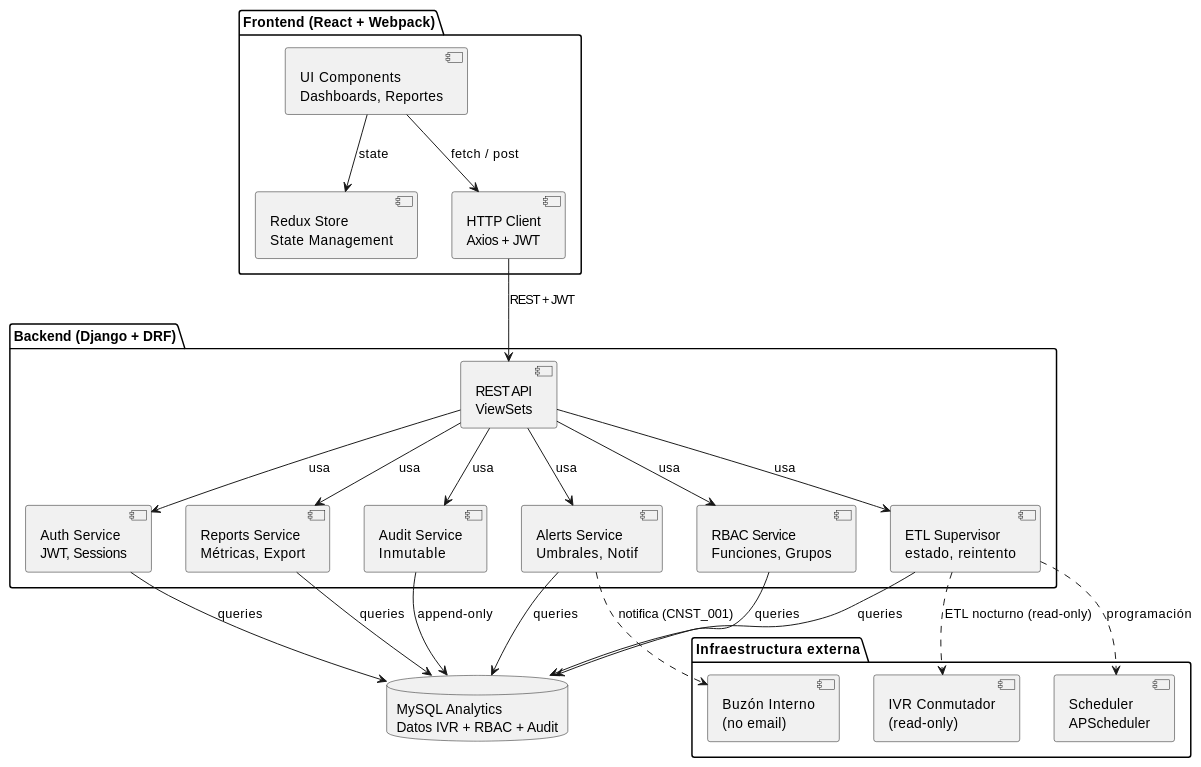
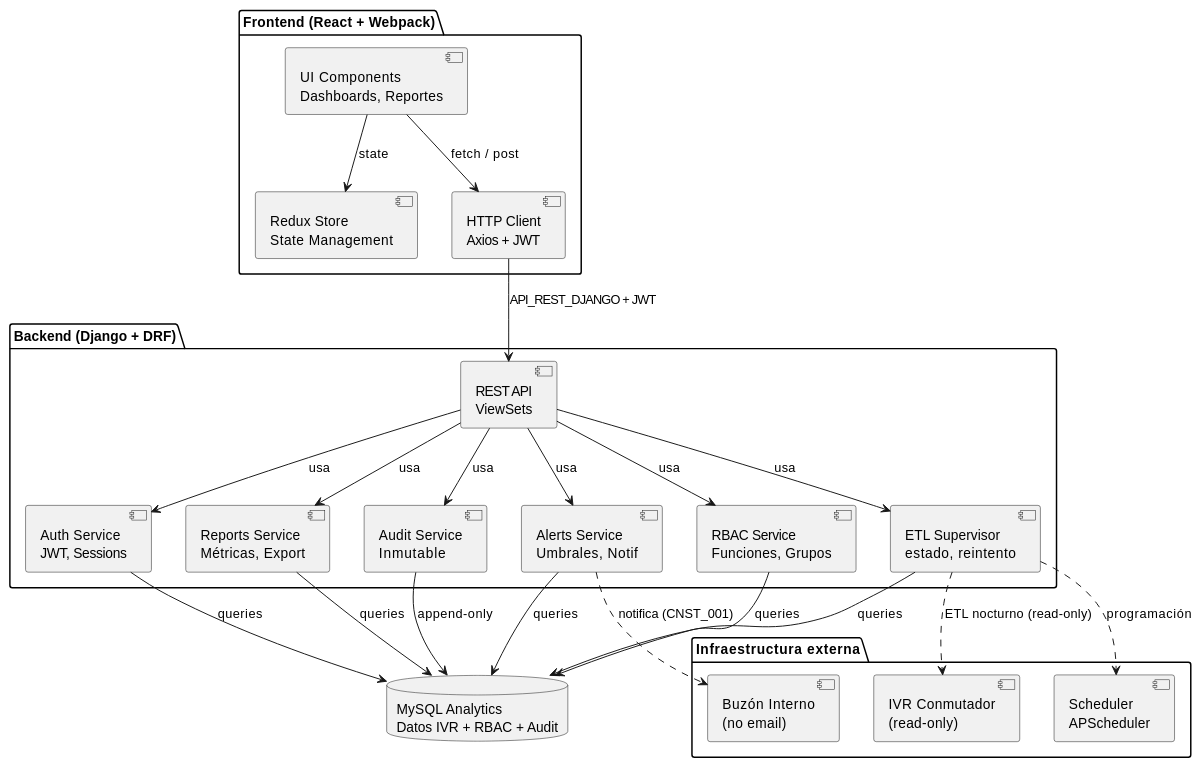
The diagram in source/requisitos/_metodologia-aplicacion/diagramas-uml/diagrama-de-componentes-arquitectura-del-sistema-iact.rst (jcg-admin/IACT-docs), drawn with PlantUML before and after one commit. The commit also changed 99 other files, not shown here.

First line of the commit message:
Fix ABREV_CORTA aliases in PlantUML blocks (97 files)

```diff
--- a/source/requisitos/_metodologia-aplicacion/diagramas-uml/diagrama-de-componentes-arquitectura-del-sistema-iact.rst
+++ b/source/requisitos/_metodologia-aplicacion/diagramas-uml/diagrama-de-componentes-arquitectura-del-sistema-iact.rst
@@ -4,50 +4,50 @@
 .. uml::
 
    @startuml
 
    package "Frontend (React + Webpack)" {
      component "UI Components\nDashboards, Reportes" as UiComponents
      component "Redux Store\nState Management"      as Redux
-     component "HTTP Client\nAxios + JWT"           as HTTP
+     component "HTTP Client\nAxios + JWT"           as CLIENTE_HTTP
    }
 
    package "Backend (Django + DRF)" {
-     component "REST API\nViewSets"                  as REST
+     component "REST API\nViewSets"                  as API_REST_DJANGO
      component "Auth Service\nJWT, Sessions"         as Auth
-     component "RBAC Service\nFunciones, Grupos"     as RBAC
-     component "Reports Service\nMétricas, Export"   as RPT
-     component "Alerts Service\nUmbrales, Notif"     as ALR
-     component "ETL Supervisor\nestado, reintento"   as PIP
-     component "Audit Service\nInmutable"            as AUD
+     component "RBAC Service\nFunciones, Grupos"     as SERVICIO_RBAC
+     component "Reports Service\nMétricas, Export"   as SERVICIO_REPORTES
+     component "Alerts Service\nUmbrales, Notif"     as SERVICIO_ALERTAS
+     component "ETL Supervisor\nestado, reintento"   as SERVICIO_ETL
+     component "Audit Service\nInmutable"            as SERVICIO_AUDITORIA
    }
 
    database "MySQL Analytics\nDatos IVR + RBAC + Audit" as MysqlAnalytics
 
    package "Infraestructura externa" {
-     component "IVR Conmutador\n(read-only)" as IVR
+     component "IVR Conmutador\n(read-only)" as SISTEMA_IVR
      component "Scheduler\nAPScheduler"      as Sched
      component "Buzón Interno\n(no email)"   as Buzon
    }
 
    UiComponents    --> Redux : state
-   UiComponents    --> HTTP  : fetch / post
-   HTTP  --> REST  : REST + JWT
+   UiComponents    --> CLIENTE_HTTP  : fetch / post
+   CLIENTE_HTTP  --> API_REST_DJANGO  : API_REST_DJANGO + JWT
 
-   REST  --> Auth : usa
-   REST  --> RBAC : usa
-   REST  --> RPT  : usa
-   REST  --> ALR  : usa
-   REST  --> PIP  : usa
-   REST  --> AUD  : usa
+   API_REST_DJANGO  --> Auth : usa
+   API_REST_DJANGO  --> SERVICIO_RBAC : usa
+   API_REST_DJANGO  --> SERVICIO_REPORTES  : usa
+   API_REST_DJANGO  --> SERVICIO_ALERTAS  : usa
+   API_REST_DJANGO  --> SERVICIO_ETL  : usa
+   API_REST_DJANGO  --> SERVICIO_AUDITORIA  : usa
 
    Auth --> MysqlAnalytics : queries
-   RBAC --> MysqlAnalytics : queries
-   RPT  --> MysqlAnalytics : queries
-   ALR  --> MysqlAnalytics : queries
-   PIP  --> MysqlAnalytics : queries
-   AUD  --> MysqlAnalytics : append-only
+   SERVICIO_RBAC --> MysqlAnalytics : queries
+   SERVICIO_REPORTES  --> MysqlAnalytics : queries
+   SERVICIO_ALERTAS  --> MysqlAnalytics : queries
+   SERVICIO_ETL  --> MysqlAnalytics : queries
+   SERVICIO_AUDITORIA  --> MysqlAnalytics : append-only
 
-   PIP   ..> IVR   : ETL nocturno (read-only)
-   PIP   ..> Sched : programación
-   ALR   ..> Buzon : notifica (CNST_001)
+   SERVICIO_ETL   ..> SISTEMA_IVR   : ETL nocturno (read-only)
+   SERVICIO_ETL   ..> Sched : programación
+   SERVICIO_ALERTAS   ..> Buzon : notifica (CNST_001)
    @enduml
```
